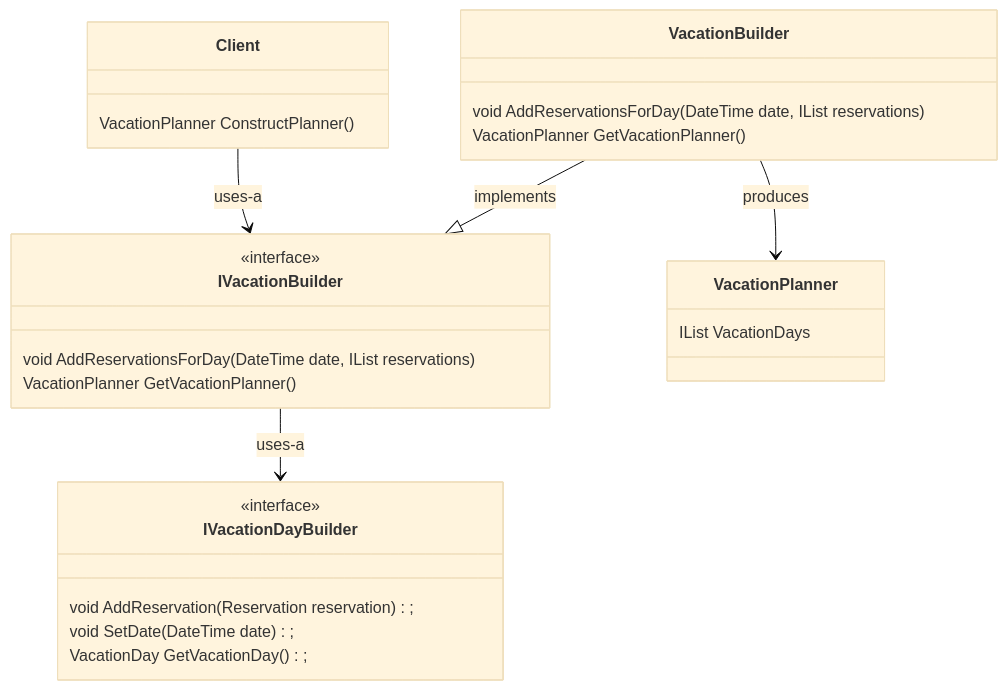
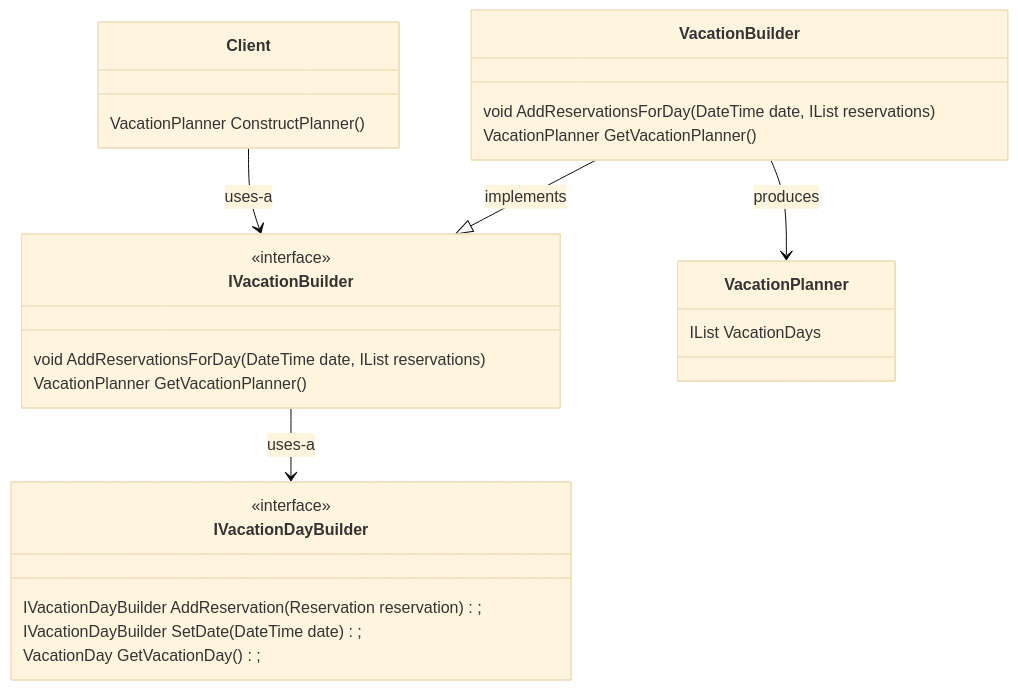
The second of 2 diagrams in builder/Patternsland/README.md (kaiosilveira/design-patterns), drawn with Mermaid (base theme) before and after one commit. The commit also changed other lines of this file, not shown here.

Commit message:
builder: Patternsland: update docs

````diff
--- a/builder/Patternsland/README.md
+++ b/builder/Patternsland/README.md
@@ -50,35 +50,35 @@
 ```mermaid
 classDiagram
 
 class IVacationBuilder {
     void AddReservationsForDay(DateTime date, IList<Reservation> reservations)
     VacationPlanner GetVacationPlanner()
 }
 <<interface>> IVacationBuilder
 
 class IVacationDayBuilder {
-    void AddReservation(Reservation reservation);
-    void SetDate(DateTime date);
+    IVacationDayBuilder AddReservation(Reservation reservation);
+    IVacationDayBuilder SetDate(DateTime date);
     VacationDay GetVacationDay();
 }
 
 <<interface>> IVacationDayBuilder
 
 class VacationPlanner {
     IList<VacationDay> VacationDays
 }
 
 class VacationBuilder {
     void AddReservationsForDay(DateTime date, IList<Reservation> reservations)
     VacationPlanner GetVacationPlanner()
 }
 
 class Client {
     VacationPlanner ConstructPlanner()
 }
 
 Client --> IVacationBuilder : uses-a
 IVacationBuilder --> IVacationDayBuilder : uses-a
 VacationBuilder --|> IVacationBuilder : implements
 VacationBuilder --> VacationPlanner : produces
 ```
````
